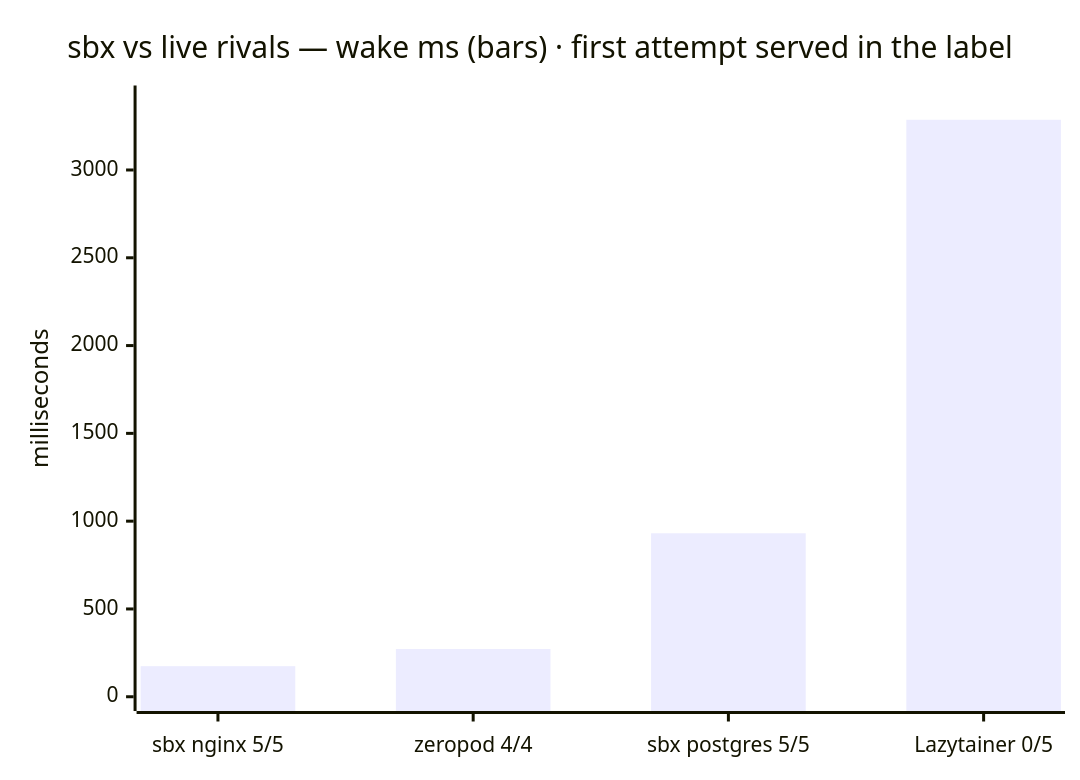
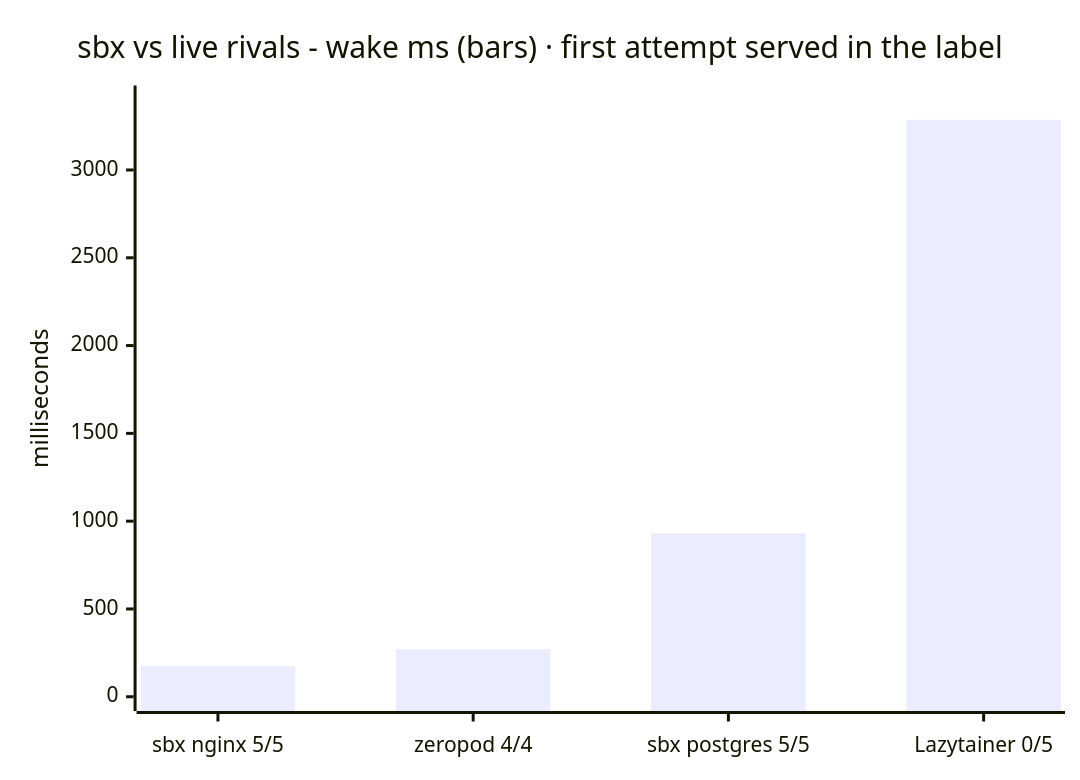
Before and after one commit to aryanmehrotra/sbx: the second of 4 diagrams in README.md, drawn with Mermaid. The commit also changed other lines of this file and 102 other files, not shown here.

````diff
--- a/README.md
+++ b/README.md
@@ -236,7 +236,7 @@
 ```mermaid
 xychart-beta
-    title "sbx vs live rivals — wake ms (bars) · first attempt served in the label"
+    title "sbx vs live rivals - wake ms (bars) · first attempt served in the label"
     x-axis ["sbx nginx 5/5", "zeropod 4/4", "sbx postgres 5/5", "Lazytainer 0/5"]
     y-axis "milliseconds" 0 --> 3400
     bar [174, 272, 931, 3286]
 ```
````
